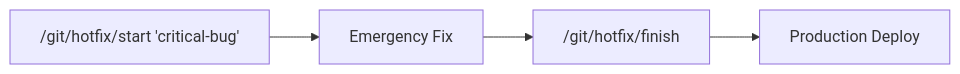
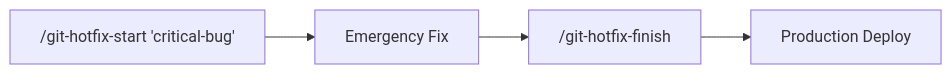
Before and after one commit to marciocar/onion-cursor: the fourth of 5 diagrams in .cursor/skills/git-readme/SKILL.md, drawn with Mermaid. The commit also changed other lines of this file and 239 other files, not shown here.

````diff
--- a/.cursor/skills/git-readme/SKILL.md
+++ b/.cursor/skills/git-readme/SKILL.md
@@ -199,6 +199,6 @@
 ```mermaid
 flowchart LR
-    A["/git/hotfix/start 'critical-bug'"] --> B["Emergency Fix"]
-    B --> C["/git/hotfix/finish"]
+    A["/git-hotfix-start 'critical-bug'"] --> B["Emergency Fix"]
+    B --> C["/git-hotfix-finish"]
     C --> D["Production Deploy"]
 ```
````
